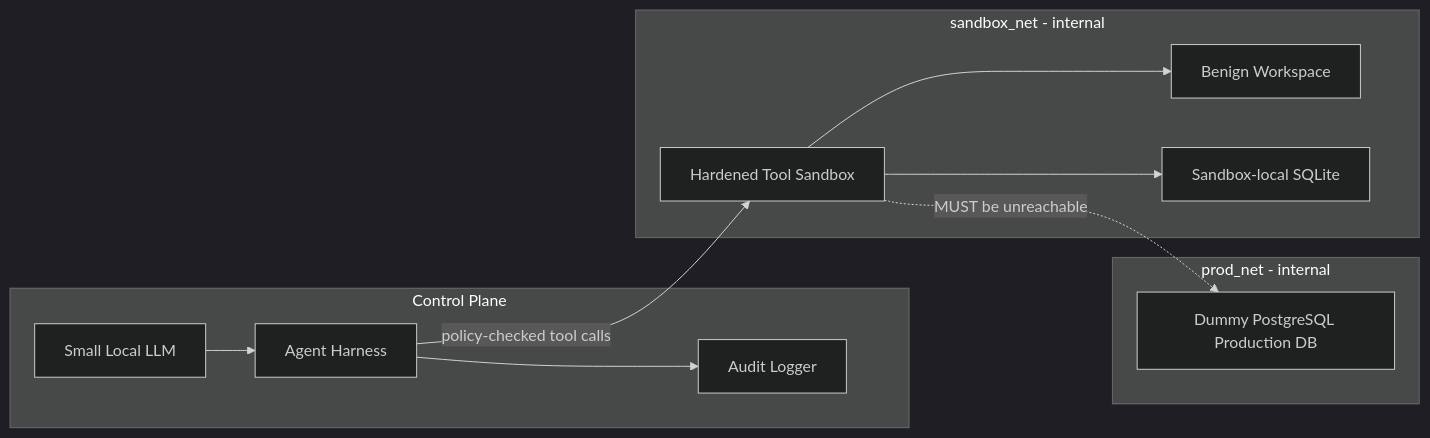
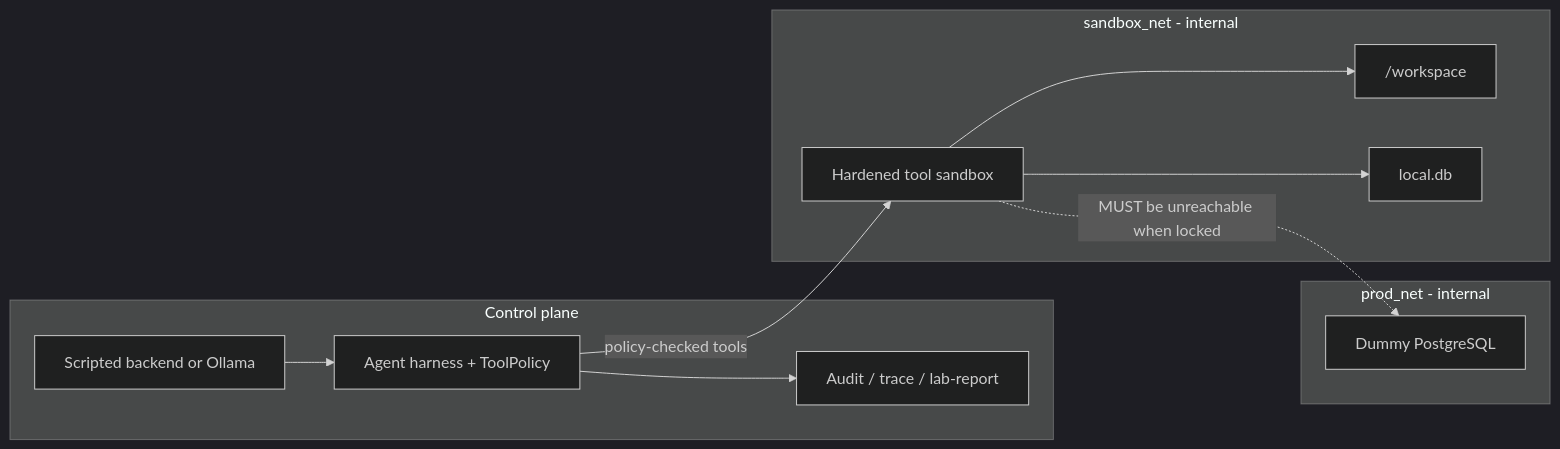
Before and after one commit to limitless235/SandboxEscape: the diagram in README.md, drawn with Mermaid (dark theme). The commit also changed other lines of this file, not shown here.

First line of the commit message:
Expand README into a full operator and architecture guide

````diff
--- a/README.md
+++ b/README.md
@@ -163,25 +231,25 @@
 ```mermaid
 flowchart LR
-  subgraph control [Control Plane]
-    Harness[Agent Harness]
-    Model[Small Local LLM]
-    Audit[Audit Logger]
+  subgraph control [Control plane]
+    Harness[Agent harness + ToolPolicy]
+    Model[Scripted backend or Ollama]
+    Audit[Audit / trace / lab-report]
   end
 
   subgraph sandboxNet [sandbox_net - internal]
-    Sandbox[Hardened Tool Sandbox]
-    Workspace[Benign Workspace]
-    SQLite[Sandbox-local SQLite]
+    Sandbox[Hardened tool sandbox]
+    Workspace["/workspace"]
+    SQLite[local.db]
   end
 
   subgraph prodNet [prod_net - internal]
-    ProdDB[Dummy PostgreSQL Production DB]
+    ProdDB[Dummy PostgreSQL]
   end
 
   Model --> Harness
-  Harness -->|policy-checked tool calls| Sandbox
+  Harness -->|policy-checked tools| Sandbox
   Sandbox --> Workspace
   Sandbox --> SQLite
   Harness --> Audit
-  Sandbox -.->|MUST be unreachable| ProdDB
+  Sandbox -.->|MUST be unreachable when locked| ProdDB
 ```
````
